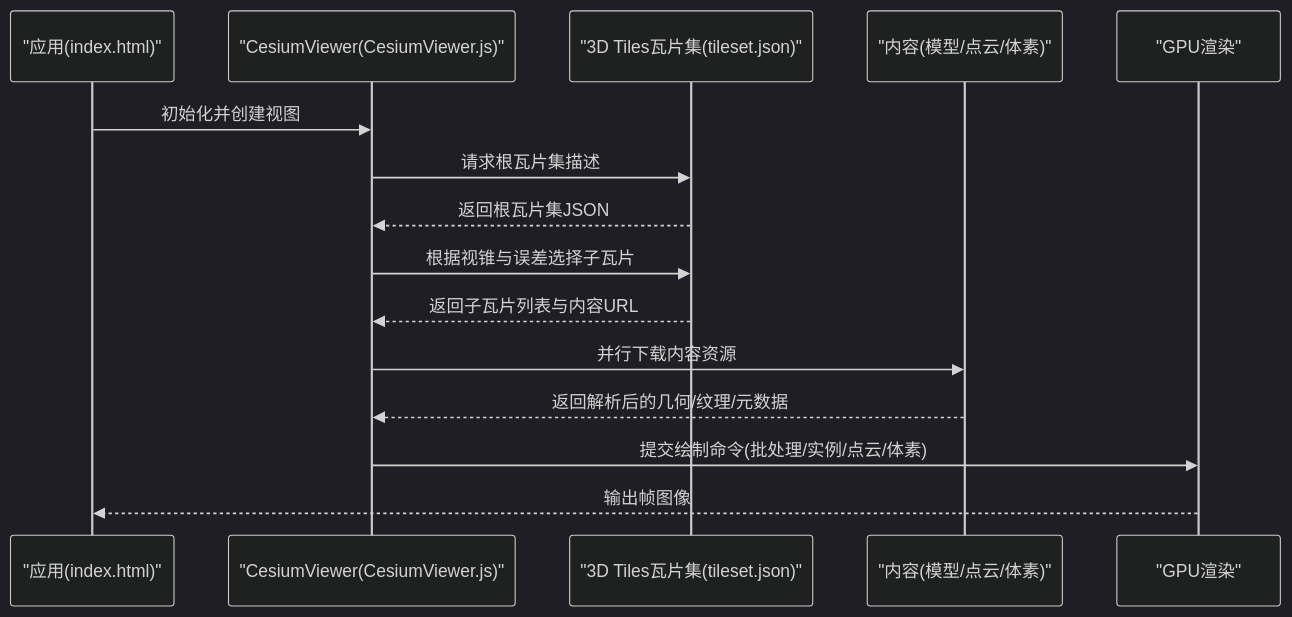
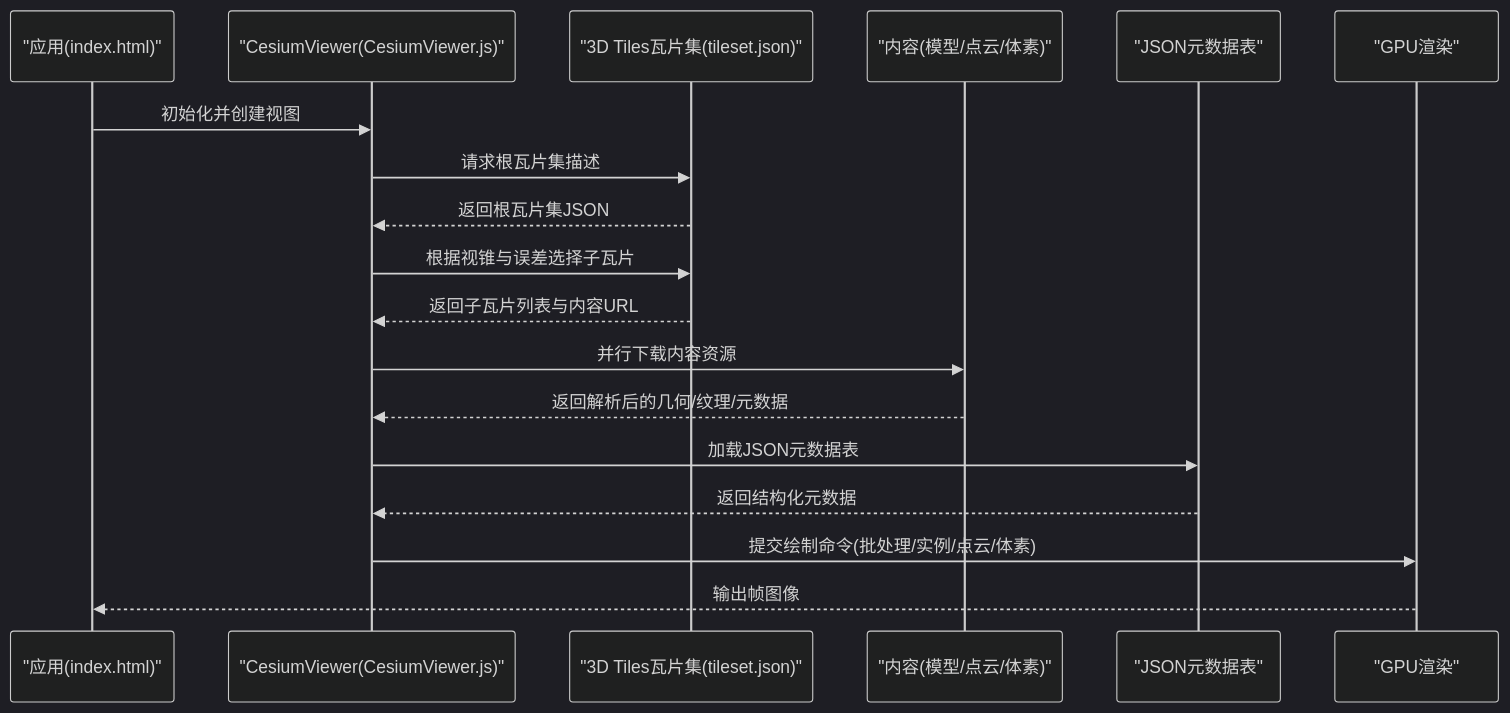
One commit to rzhangjing/cesium changed the second of 6 diagrams in .qoder/repowiki/zh/content/项目概述/核心特性/3D数据格式支持/3D Tiles标准支持/3D Tiles标准支持.md. Above: the diagram before and after it, drawn with Mermaid (dark theme). The commit also changed other lines of this file and 90 other files, not shown here.

````diff
--- a/.qoder/repowiki/zh/content/项目概述/核心特性/3D数据格式支持/3D Tiles标准支持/3D Tiles标准支持.md
+++ b/.qoder/repowiki/zh/content/项目概述/核心特性/3D数据格式支持/3D Tiles标准支持/3D Tiles标准支持.md
@@ -109,17 +117,20 @@
 ```mermaid
 sequenceDiagram
 participant App as "应用(index.html)"
 participant Viewer as "CesiumViewer(CesiumViewer.js)"
 participant Tileset as "3D Tiles瓦片集(tileset.json)"
 participant Content as "内容(模型/点云/体素)"
+participant Metadata as "JSON元数据表"
 participant GPU as "GPU渲染"
 App->>Viewer : 初始化并创建视图
 Viewer->>Tileset : 请求根瓦片集描述
 Tileset-->>Viewer : 返回根瓦片集JSON
 Viewer->>Tileset : 根据视锥与误差选择子瓦片
 Tileset-->>Viewer : 返回子瓦片列表与内容URL
 Viewer->>Content : 并行下载内容资源
 Content-->>Viewer : 返回解析后的几何/纹理/元数据
+Viewer->>Metadata : 加载JSON元数据表
+Metadata-->>Viewer : 返回结构化元数据
 Viewer->>GPU : 提交绘制命令(批处理/实例/点云/体素)
 GPU-->>App : 输出帧图像
 ```
````
